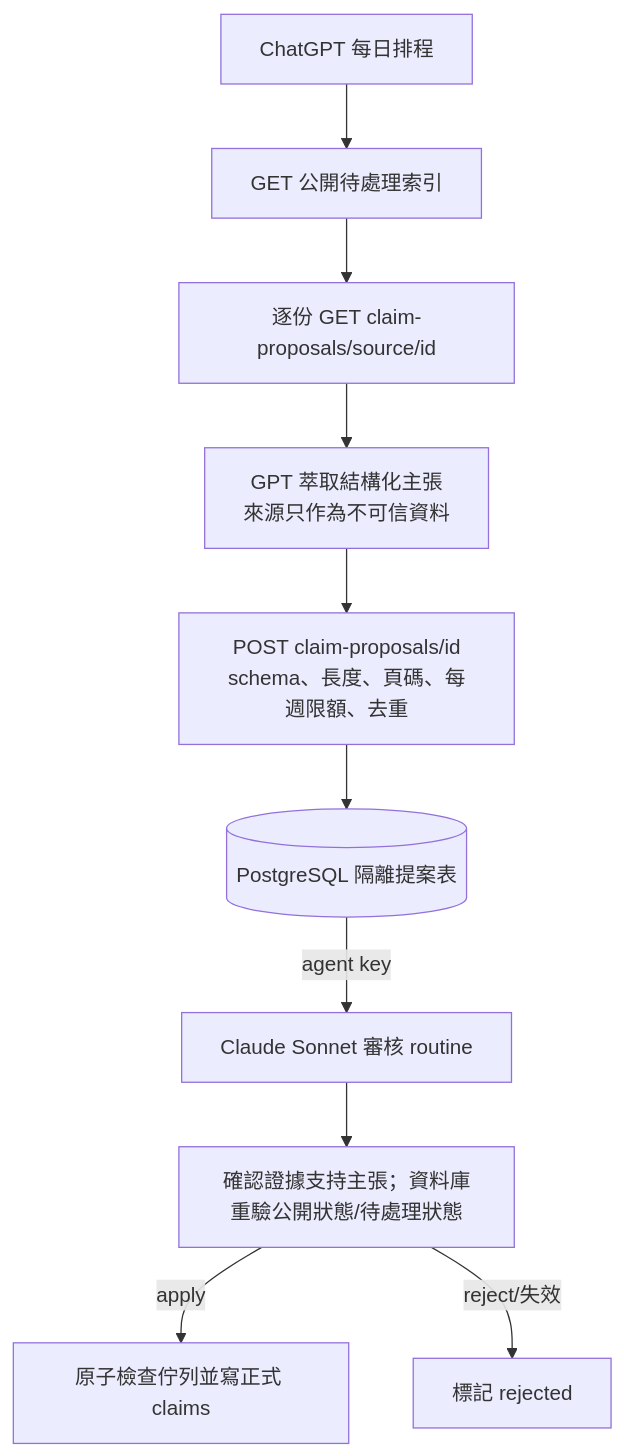
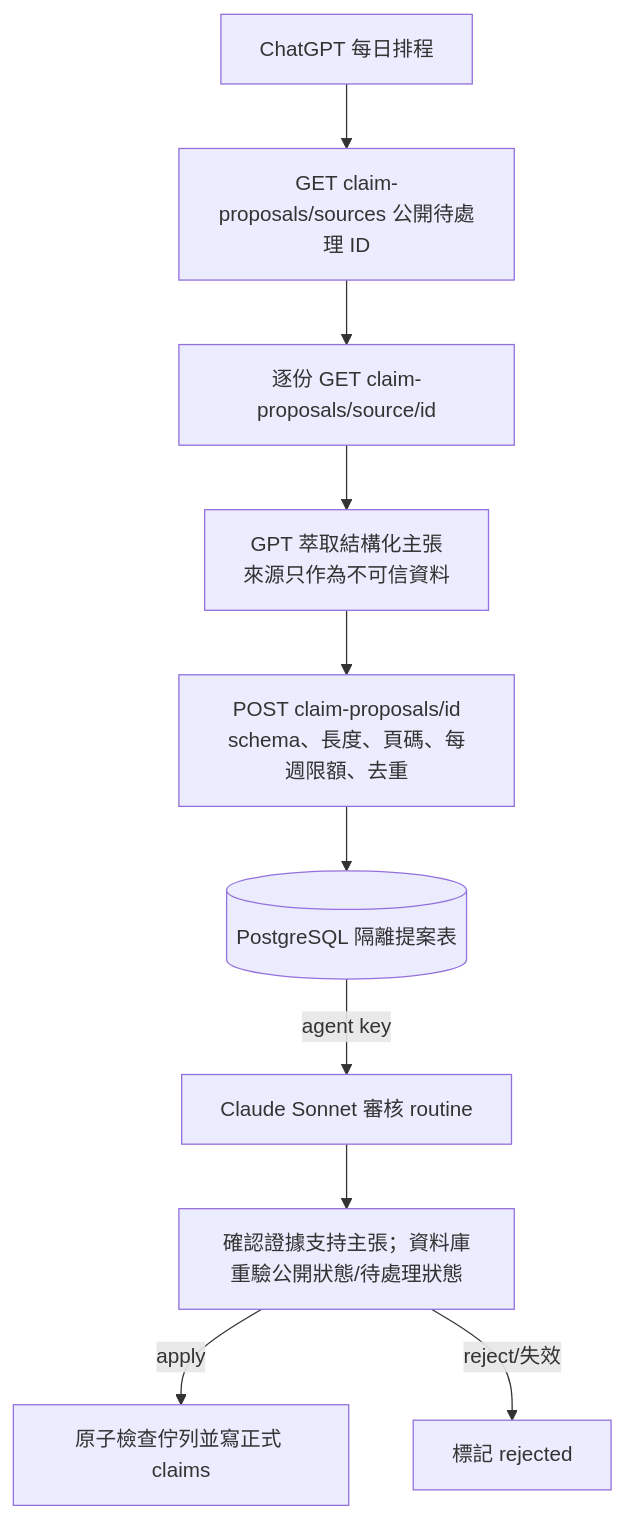
One commit to Vinskao/maya-sawa changed the first of 2 diagrams in docs/GPT_REPORT_CLAIM_EXTRACTION.md. Above: the diagram before and after it, drawn with Mermaid. The commit also changed other lines of this file and 4 other files, not shown here.

Commit message:
fix: expose public pending claim sources

````diff
--- a/docs/GPT_REPORT_CLAIM_EXTRACTION.md
+++ b/docs/GPT_REPORT_CLAIM_EXTRACTION.md
@@ -5,12 +5,12 @@
 ```mermaid
 flowchart TD
-  Cron[ChatGPT 每日排程] --> List[GET 公開待處理索引]
+  Cron[ChatGPT 每日排程] --> List[GET claim-proposals/sources 公開待處理 ID]
   List --> One[逐份 GET claim-proposals/source/id]
   One --> GPT[GPT 萃取結構化主張<br/>來源只作為不可信資料]
   GPT --> Validate[POST claim-proposals/id<br/>schema、長度、頁碼、每週限額、去重]
   Validate --> Inbox[(PostgreSQL 隔離提案表)]
   Inbox -->|agent key| Claude[Claude Sonnet 審核 routine]
   Claude --> Verify[確認證據支持主張；資料庫重驗公開狀態/待處理狀態]
   Verify -->|apply| Commit[原子檢查佇列並寫正式 claims]
   Verify -->|reject/失效| End[標記 rejected]
 ```
````
